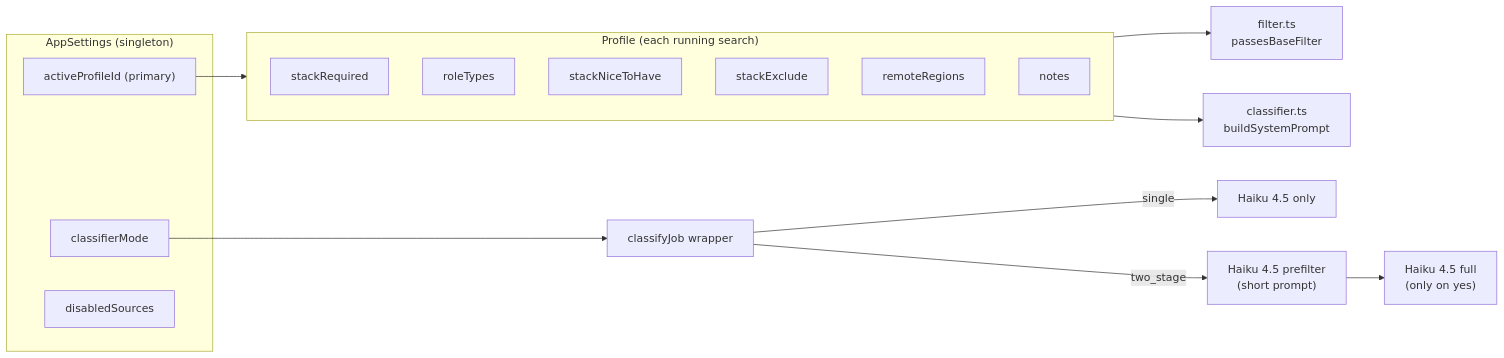
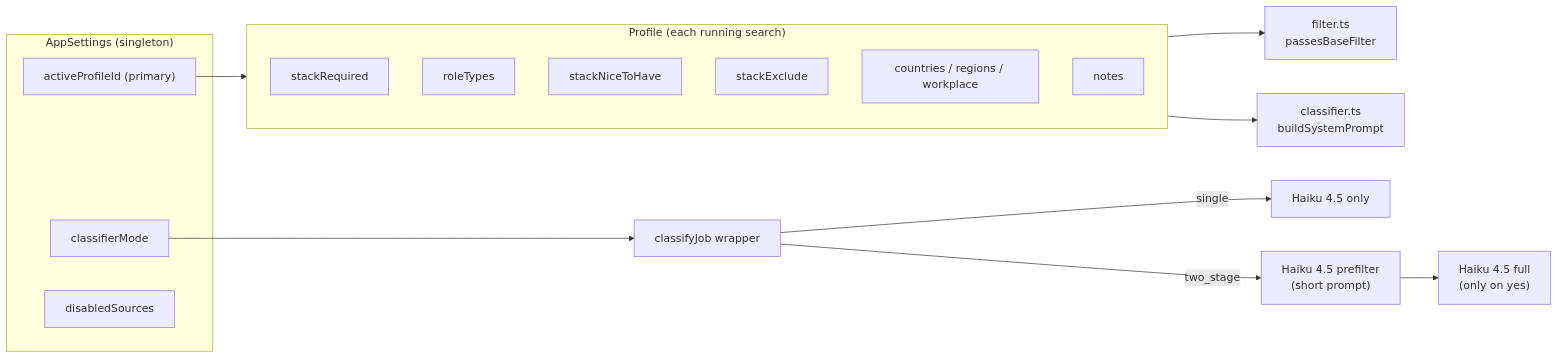
Before and after one commit to applypack/applypack: the fourth of 5 diagrams in ARCHITECTURE.md, drawn with Mermaid. The commit also changed other lines of this file and 9 other files, not shown here.

````diff
--- a/ARCHITECTURE.md
+++ b/ARCHITECTURE.md
@@ -130,22 +130,22 @@
 ```mermaid
 flowchart LR
   subgraph settings["AppSettings (singleton)"]
     apId["activeProfileId (primary)"]
     cm[classifierMode]
     dsr[disabledSources]
   end
   subgraph profile["Profile (each running search)"]
     sr[stackRequired]
     rt[roleTypes]
     snth[stackNiceToHave]
     sex[stackExclude]
-    rg[remoteRegions]
+    rg[countries / regions / workplace]
     notes
   end
   apId --> profile
   profile --> filter["filter.ts<br/>passesBaseFilter"]
   profile --> classifier["classifier.ts<br/>buildSystemPrompt"]
   cm --> classifyJob["classifyJob wrapper"]
   classifyJob -- "single" --> haiku45["Haiku 4.5 only"]
   classifyJob -- "two_stage" --> haiku45p["Haiku 4.5 prefilter<br/>(short prompt)"] --> haiku45full["Haiku 4.5 full<br/>(only on yes)"]
 ```
````
